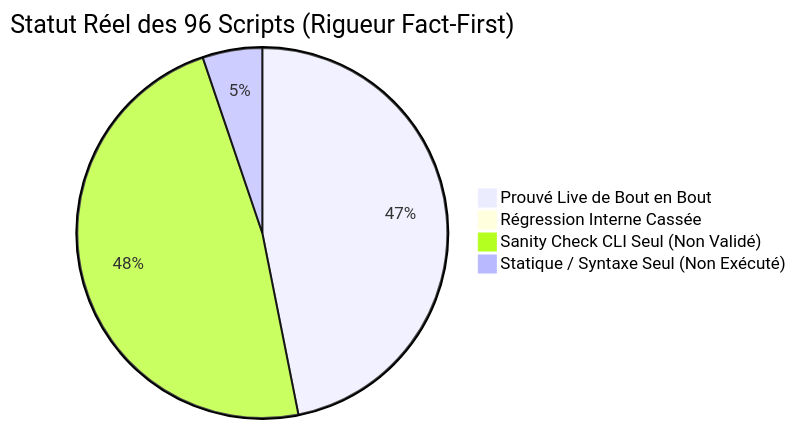
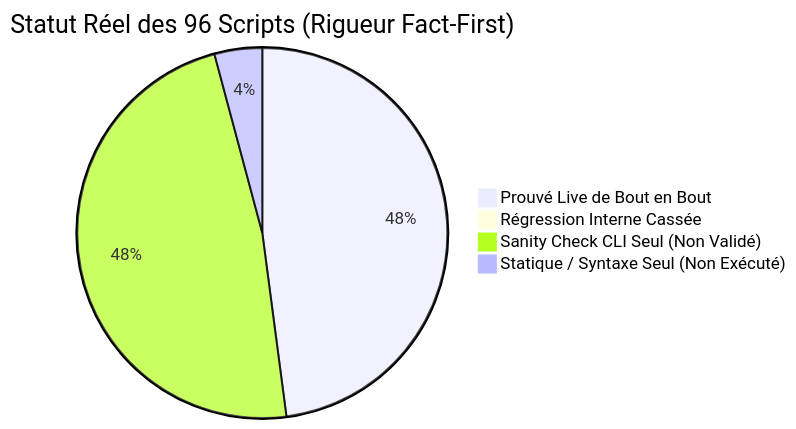
Before and after one commit to yoyonel/pydbsrt: the diagram in docs/reference/2026-11-10-audit-exhaustif-scripts-regressions.md, drawn with Mermaid. The commit also changed other lines of this file and 2 other files, not shown here.

````diff
--- a/docs/reference/2026-11-10-audit-exhaustif-scripts-regressions.md
+++ b/docs/reference/2026-11-10-audit-exhaustif-scripts-regressions.md
@@ -16,7 +16,7 @@
 ```mermaid
 pie title Statut Réel des 96 Scripts (Rigueur Fact-First)
-    "Prouvé Live de Bout en Bout" : 45
+    "Prouvé Live de Bout en Bout" : 46
     "Régression Interne Cassée" : 0
     "Sanity Check CLI Seul (Non Validé)" : 46
-    "Statique / Syntaxe Seul (Non Exécuté)" : 5
+    "Statique / Syntaxe Seul (Non Exécuté)" : 4
 ```
````
